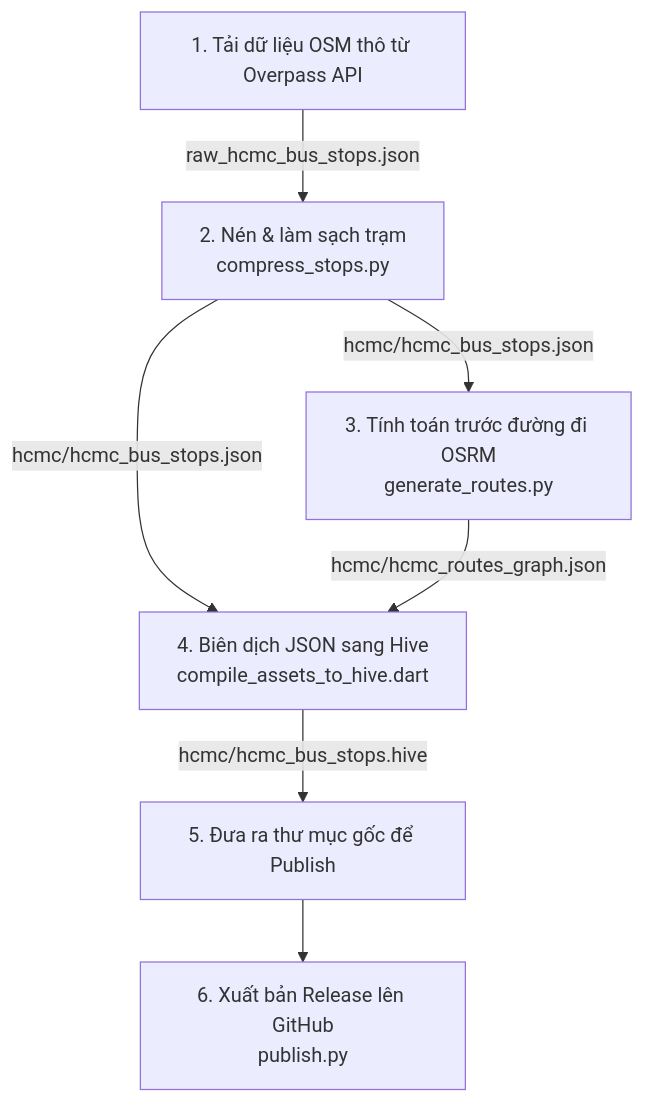
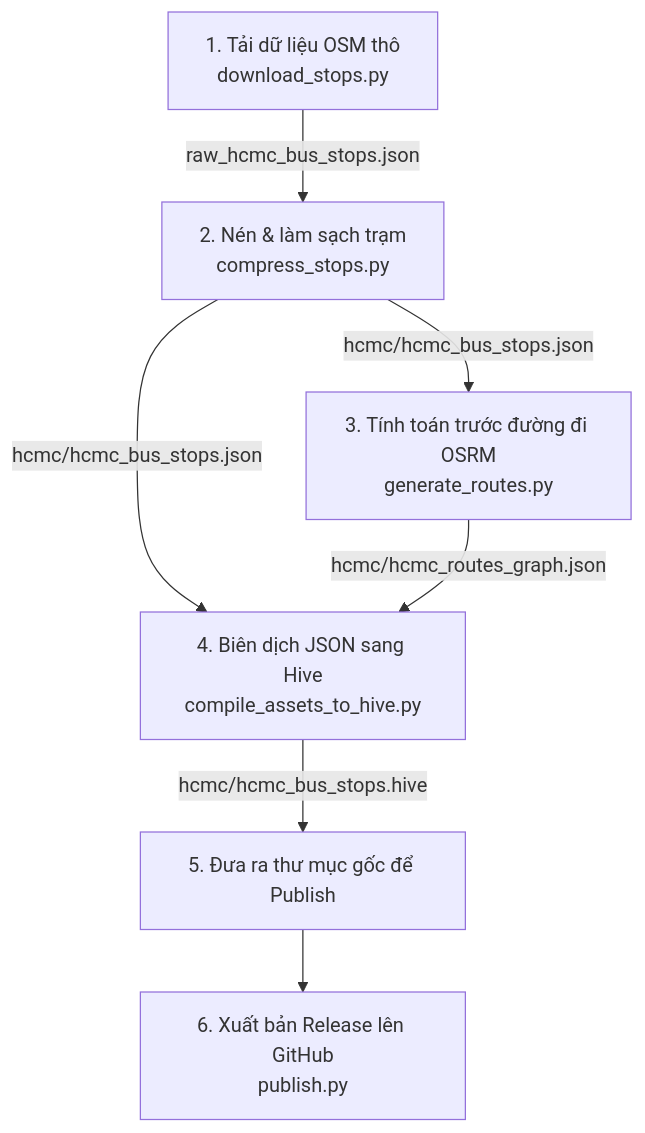
The diagram in README.md (nphuonha2101/cityflow-assets), drawn with Mermaid before and after one commit. The commit also changed other lines of this file and 1 other file, not shown here.

Commit message:
feat: add script to download bus stops via Overpass API and update README

````diff
--- a/README.md
+++ b/README.md
@@ -9,9 +9,9 @@
 ```mermaid
 graph TD
-    A[1. Tải dữ liệu OSM thô từ Overpass API] -->|raw_hcmc_bus_stops.json| B[2. Nén & làm sạch trạm<br>compress_stops.py]
+    A[1. Tải dữ liệu OSM thô<br>download_stops.py] -->|raw_hcmc_bus_stops.json| B[2. Nén & làm sạch trạm<br>compress_stops.py]
     B -->|hcmc/hcmc_bus_stops.json| C[3. Tính toán trước đường đi OSRM<br>generate_routes.py]
-    B -->|hcmc/hcmc_bus_stops.json| D[4. Biên dịch JSON sang Hive<br>compile_assets_to_hive.dart]
+    B -->|hcmc/hcmc_bus_stops.json| D[4. Biên dịch JSON sang Hive<br>compile_assets_to_hive.py]
     C -->|hcmc/hcmc_routes_graph.json| D
     D -->|hcmc/hcmc_bus_stops.hive| E[5. Đưa ra thư mục gốc để Publish]
     E --> F[6. Xuất bản Release lên GitHub<br>publish.py]
 ```
````
